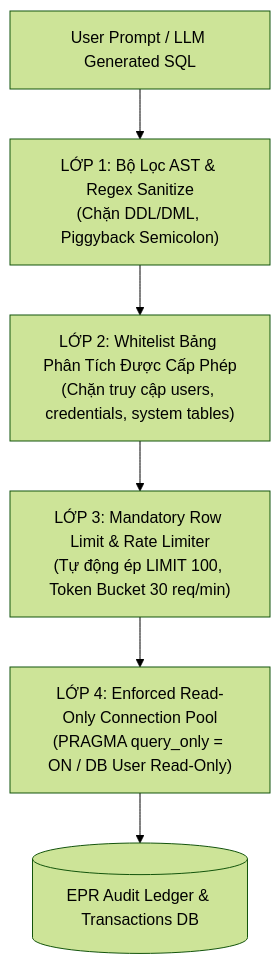
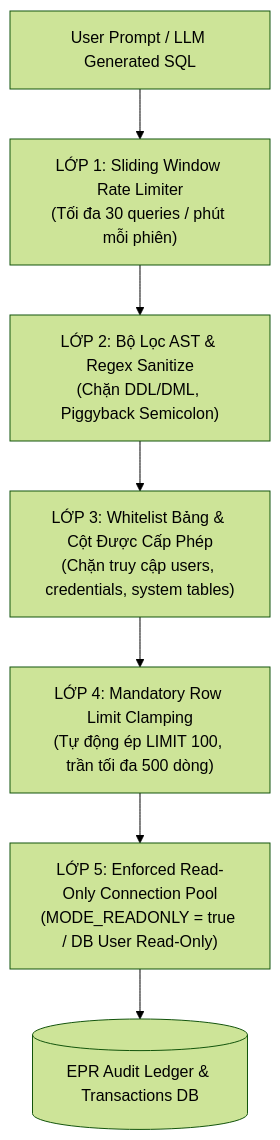
One commit to chinhanxt/NaN-EcoNet changed the second of 2 diagrams in docs/adr/ADR-003-mcp-copilot.md. Above: the diagram before and after it, drawn with Mermaid (forest theme). The commit also changed other lines of this file and 13 other files, not shown here.

````diff
--- a/docs/adr/ADR-003-mcp-copilot.md
+++ b/docs/adr/ADR-003-mcp-copilot.md
@@ -88,8 +88,9 @@
 ```mermaid
 graph TD
-  Prompt["User Prompt / LLM Generated SQL"] --> Layer1["LỚP 1: Bộ Lọc AST & Regex Sanitize\n(Chặn DDL/DML, Piggyback Semicolon)"]
-  Layer1 --> Layer2["LỚP 2: Whitelist Bảng Phân Tích Được Cấp Phép\n(Chặn truy cập users, credentials, system tables)"]
-  Layer2 --> Layer3["LỚP 3: Mandatory Row Limit & Rate Limiter\n(Tự động ép LIMIT 100, Token Bucket 30 req/min)"]
-  Layer3 --> Layer4["LỚP 4: Enforced Read-Only Connection Pool\n(PRAGMA query_only = ON / DB User Read-Only)"]
-  Layer4 --> DB[(EPR Audit Ledger & Transactions DB)]
+  Prompt["User Prompt / LLM Generated SQL"] --> Layer1["LỚP 1: Sliding Window Rate Limiter\n(Tối đa 30 queries / phút mỗi phiên)"]
+  Layer1 --> Layer2["LỚP 2: Bộ Lọc AST & Regex Sanitize\n(Chặn DDL/DML, Piggyback Semicolon)"]
+  Layer2 --> Layer3["LỚP 3: Whitelist Bảng & Cột Được Cấp Phép\n(Chặn truy cập users, credentials, system tables)"]
+  Layer3 --> Layer4["LỚP 4: Mandatory Row Limit Clamping\n(Tự động ép LIMIT 100, trần tối đa 500 dòng)"]
+  Layer4 --> Layer5["LỚP 5: Enforced Read-Only Connection Pool\n(MODE_READONLY = true / DB User Read-Only)"]
+  Layer5 --> DB[(EPR Audit Ledger & Transactions DB)]
 ```
````
